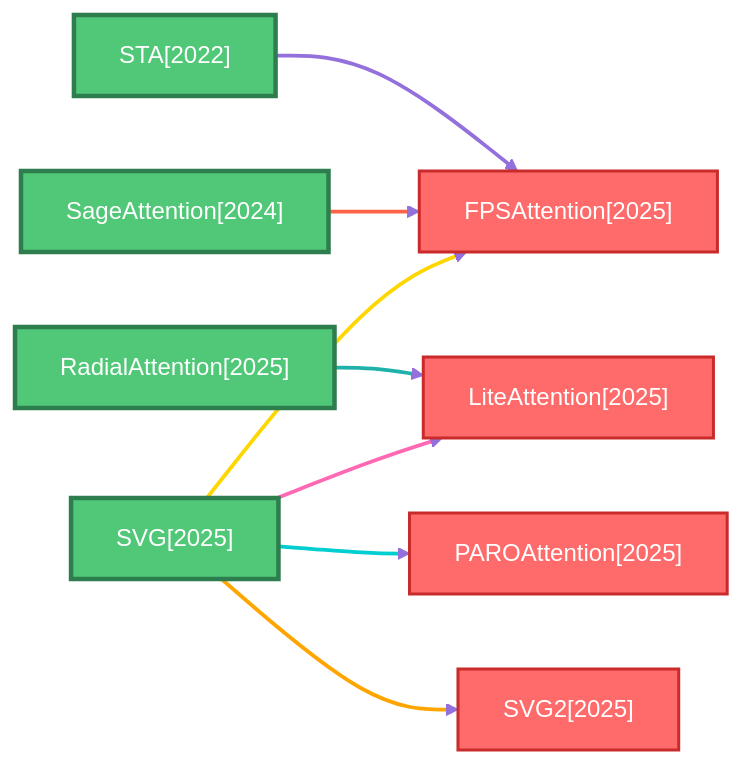
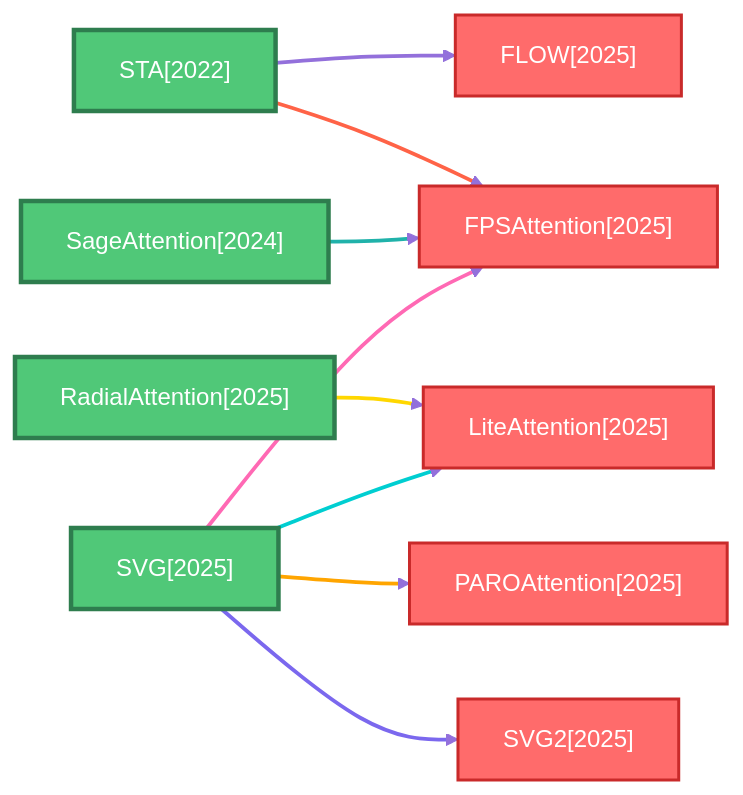
Before and after one commit to hustzxd/EfficientPaper: the second of 16 diagrams in docs/baseline_methods_graph.md, drawn with Mermaid. The commit also changed other lines of this file and 40 other files, not shown here.

````diff
--- a/docs/baseline_methods_graph.md
+++ b/docs/baseline_methods_graph.md
@@ -330,47 +423,52 @@
 ```mermaid
 flowchart LR
     classDef defaultNode fill:#4A90E2,stroke:#2E5C8A,stroke-width:2px,color:#fff
     classDef rootNode fill:#50C878,stroke:#2E7D4E,stroke-width:3px,color:#fff
     classDef leafNode fill:#FF6B6B,stroke:#C92A2A,stroke-width:2px,color:#fff
     linkStyle default stroke:#9370DB,stroke-width:2px
 
     2022_STA["STA[2022]"]
     class 2022_STA rootNode
     click 2022_STA "../?search=STA" _blank
     2024_SageAttention["SageAttention[2024]"]
     class 2024_SageAttention rootNode
     click 2024_SageAttention "../?search=SageAttention" _blank
+    2025_FLOW["FLOW[2025]"]
+    class 2025_FLOW leafNode
+    click 2025_FLOW "../?search=FLOW" _blank
     2025_FPSAttention["FPSAttention[2025]"]
     class 2025_FPSAttention leafNode
     click 2025_FPSAttention "../?search=FPSAttention" _blank
     2025_LiteAttention["LiteAttention[2025]"]
     class 2025_LiteAttention leafNode
     click 2025_LiteAttention "../?search=LiteAttention" _blank
     2025_PAROAttention["PAROAttention[2025]"]
     class 2025_PAROAttention leafNode
     click 2025_PAROAttention "../?search=PAROAttention" _blank
     2025_RadialAttention["RadialAttention[2025]"]
     class 2025_RadialAttention rootNode
     click 2025_RadialAttention "../?search=RadialAttention" _blank
     2025_SVG["SVG[2025]"]
     class 2025_SVG rootNode
     click 2025_SVG "../?search=SVG" _blank
     2025_SVG2["SVG2[2025]"]
     class 2025_SVG2 leafNode
     click 2025_SVG2 "../?search=SVG2" _blank
 
+    2022_STA ==>|" "| 2025_FLOW
+    linkStyle 0 stroke:#9370DB,stroke-width:2.5px
     2022_STA ==>|" "| 2025_FPSAttention
-    linkStyle 0 stroke:#9370DB,stroke-width:2.5px
+    linkStyle 1 stroke:#FF6347,stroke-width:2.5px
     2024_SageAttention ==>|" "| 2025_FPSAttention
-    linkStyle 1 stroke:#FF6347,stroke-width:2.5px
+    linkStyle 2 stroke:#20B2AA,stroke-width:2.5px
     2025_RadialAttention ==>|" "| 2025_LiteAttention
-    linkStyle 2 stroke:#20B2AA,stroke-width:2.5px
+    linkStyle 3 stroke:#FFD700,stroke-width:2.5px
     2025_SVG ==>|" "| 2025_FPSAttention
-    linkStyle 3 stroke:#FFD700,stroke-width:2.5px
+    linkStyle 4 stroke:#FF69B4,stroke-width:2.5px
     2025_SVG ==>|" "| 2025_LiteAttention
-    linkStyle 4 stroke:#FF69B4,stroke-width:2.5px
+    linkStyle 5 stroke:#00CED1,stroke-width:2.5px
     2025_SVG ==>|" "| 2025_PAROAttention
-    linkStyle 5 stroke:#00CED1,stroke-width:2.5px
+    linkStyle 6 stroke:#FFA500,stroke-width:2.5px
     2025_SVG ==>|" "| 2025_SVG2
-    linkStyle 6 stroke:#FFA500,stroke-width:2.5px
+    linkStyle 7 stroke:#7B68EE,stroke-width:2.5px
 ```
````
